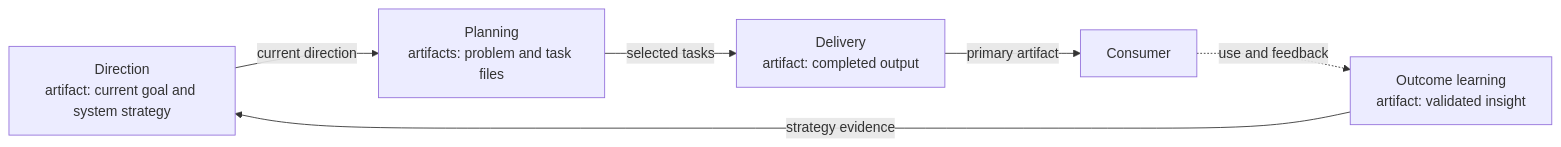
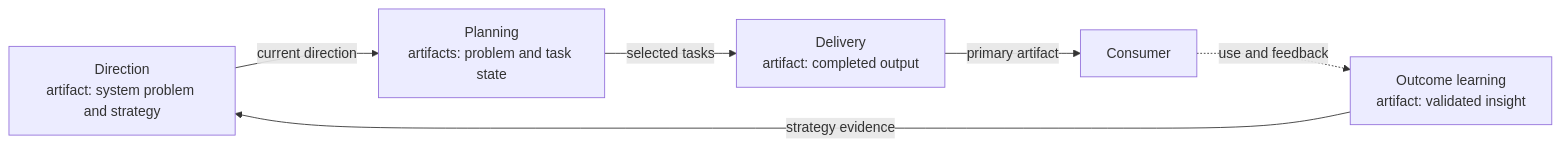
One commit to flooper68/adaptive-problem-solving-systems changed the second of 5 diagrams in framework/VISUALIZATION.md. Above: the diagram before and after it, drawn with Mermaid. The commit also changed other lines of this file and 74 other files, not shown here.

````diff
--- a/framework/VISUALIZATION.md
+++ b/framework/VISUALIZATION.md
@@ -43,14 +48,14 @@
 ```mermaid
 flowchart LR
-    direction["Direction\nartifact: current goal and system strategy"]
-    planning["Planning\nartifacts: problem and task files"]
+    direction["Direction\nartifact: system problem and strategy"]
+    planning["Planning\nartifacts: problem and task state"]
     delivery["Delivery\nartifact: completed output"]
     consumer["Consumer"]
     learning["Outcome learning\nartifact: validated insight"]
 
     direction -->|"current direction"| planning
     planning -->|"selected tasks"| delivery
     delivery -->|"primary artifact"| consumer
     consumer -.->|"use and feedback"| learning
     learning -->|"strategy evidence"| direction
 ```
````
